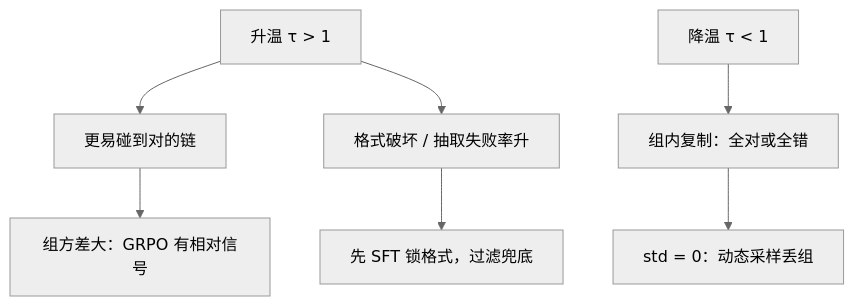
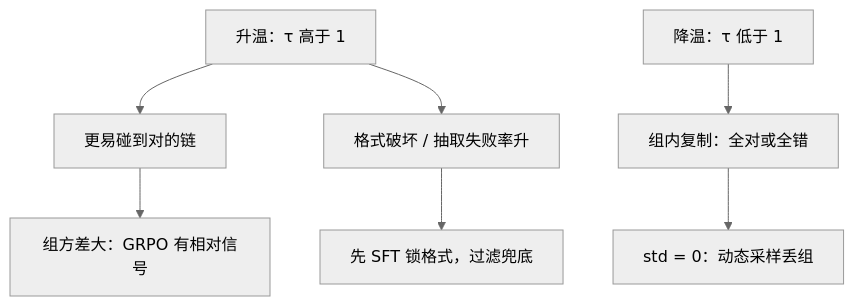
One commit to xhongduo-tech/xhongduo-tech.github.io changed the second of 2 diagrams in docs/llm/rl-sampling-temperature.md. Above: the diagram before and after it, drawn with Mermaid (neutral theme). The commit also changed 12 other files, not shown here.

Commit message:
Enhance more llm articles with second diagrams and beginner marginnotes.

````diff
--- a/docs/llm/rl-sampling-temperature.md
+++ b/docs/llm/rl-sampling-temperature.md
@@ -51,9 +51,9 @@
 ```mermaid
 flowchart TD
-  UP["升温 τ > 1"] --> OPP["更易碰到对的链"]
+  UP["升温：τ 高于 1"] --> OPP["更易碰到对的链"]
   UP --> RISK["格式破坏 / 抽取失败率升"]
   OPP --> SIG["组方差大：GRPO 有相对信号"]
   RISK --> MIT["先 SFT 锁格式，过滤兜底"]
-  DOWN["降温 τ < 1"] --> GREEDY["组内复制：全对或全错"]
+  DOWN["降温：τ 低于 1"] --> GREEDY["组内复制：全对或全错"]
   GREEDY --> NOSIG["std = 0：动态采样丢组"]
 ```
````
